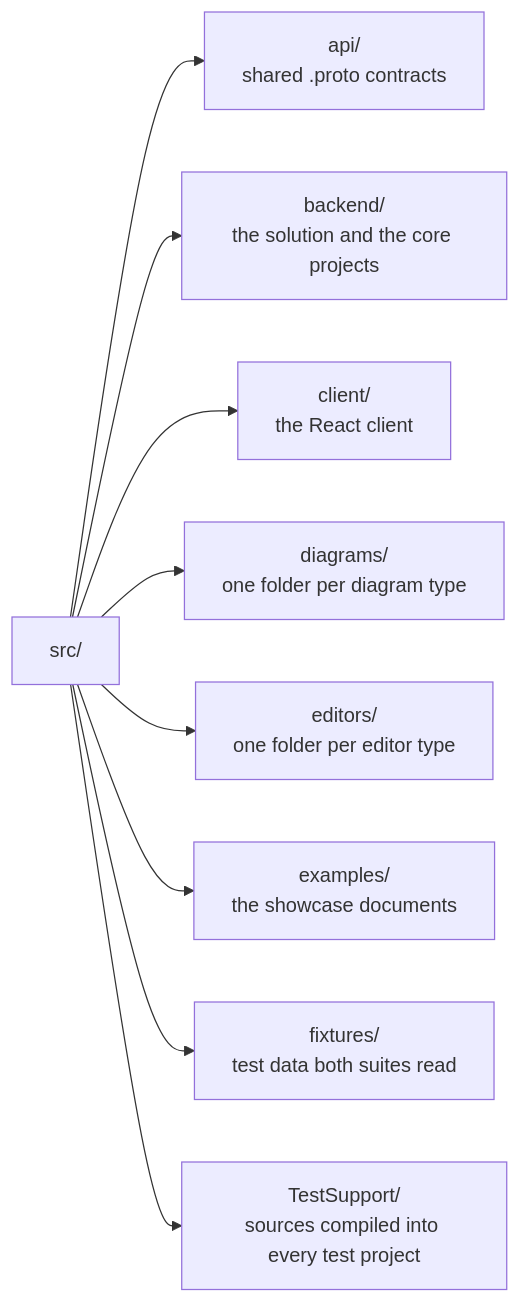
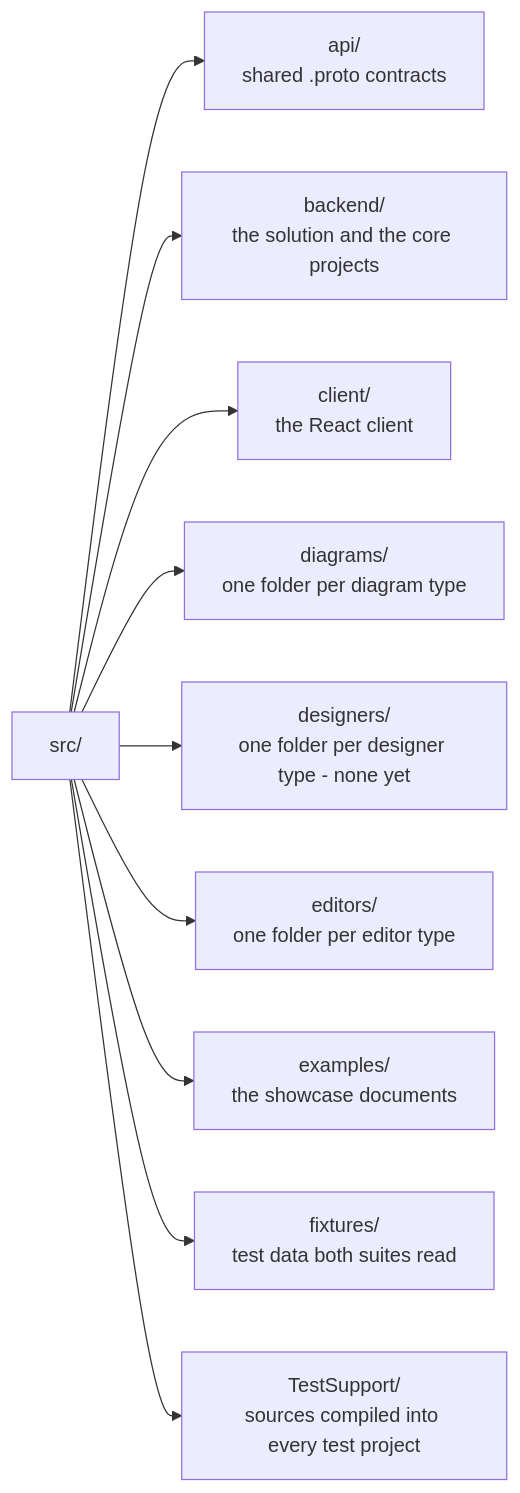
Before and after one commit to etalii-adp/etalii.adp.ide.standalone: the diagram in docs/solution-structure.md, drawn with Mermaid. The commit also changed other lines of this file and 1 other file, not shown here.

````diff
--- a/docs/solution-structure.md
+++ b/docs/solution-structure.md
@@ -7,12 +7,13 @@
 ```mermaid
 flowchart LR
     src["src/"]
     src --> api["api/<br/>shared .proto contracts"]
     src --> backend["backend/<br/>the solution and the core projects"]
     src --> client["client/<br/>the React client"]
     src --> diagrams["diagrams/<br/>one folder per diagram type"]
+    src --> designers["designers/<br/>one folder per designer type - none yet"]
     src --> editors["editors/<br/>one folder per editor type"]
     src --> examples["examples/<br/>the showcase documents"]
     src --> fixtures["fixtures/<br/>test data both suites read"]
     src --> testsupport["TestSupport/<br/>sources compiled into every test project"]
 ```
````
